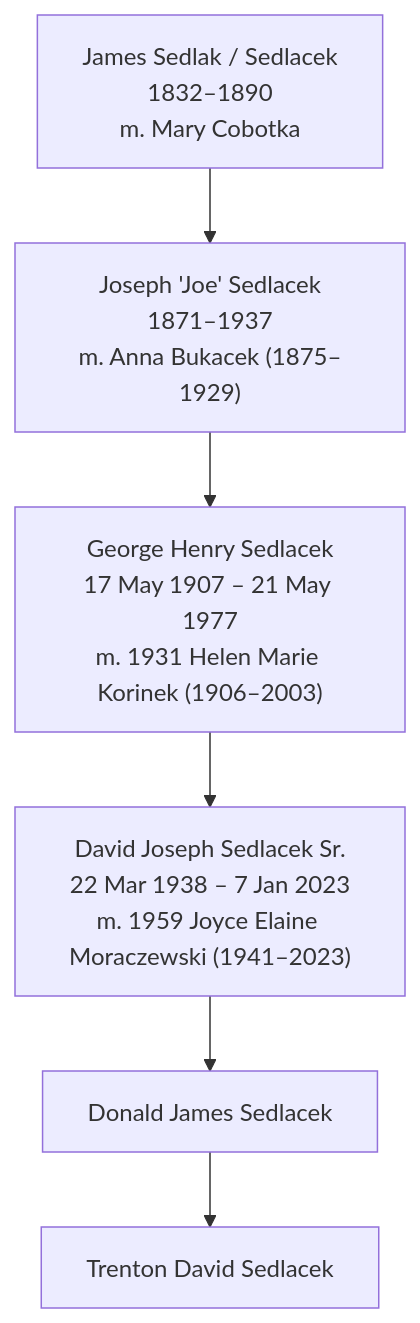
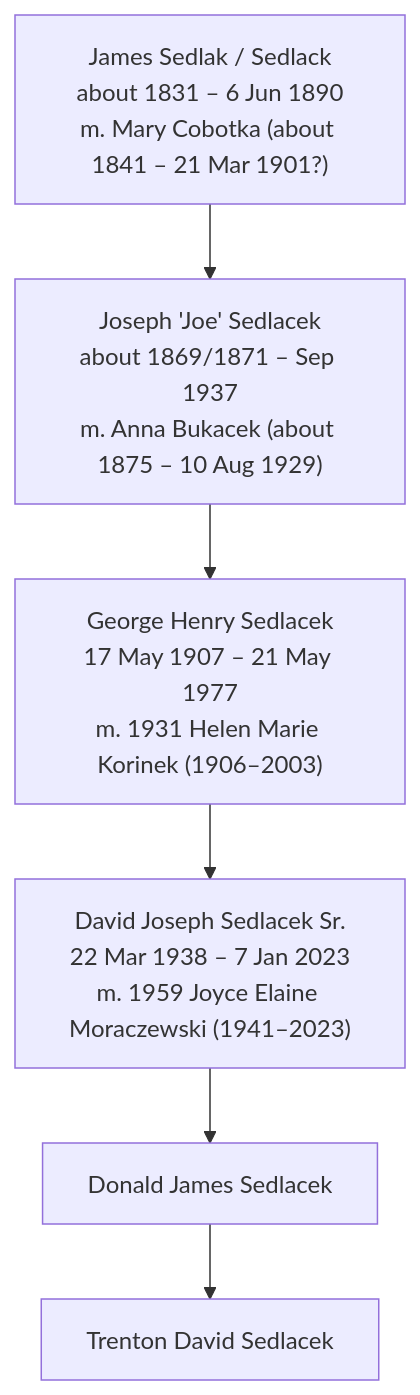
Before and after one commit to TrentonSedlacek/Ancestry: the diagram in PATRILINEAL_LINE.md, drawn with Mermaid. The commit also changed other lines of this file and 3 other files, not shown here.

First line of the commit message:
Add Holy Sepulchre burial records: James d. 1890, Mary d. 1901, Joseph's family lot

````diff
--- a/PATRILINEAL_LINE.md
+++ b/PATRILINEAL_LINE.md
@@ -5,10 +5,10 @@
 ```mermaid
 flowchart TD
-    G1["James Sedlak / Sedlacek<br/>1832–1890<br/>m. Mary Cobotka"]
-    G2["Joseph 'Joe' Sedlacek<br/>1871–1937<br/>m. Anna Bukacek (1875–1929)"]
+    G1["James Sedlak / Sedlack<br/>about 1831 – 6 Jun 1890<br/>m. Mary Cobotka (about 1841 – 21 Mar 1901?)"]
+    G2["Joseph 'Joe' Sedlacek<br/>about 1869/1871 – Sep 1937<br/>m. Anna Bukacek (about 1875 – 10 Aug 1929)"]
     G3["George Henry Sedlacek<br/>17 May 1907 – 21 May 1977<br/>m. 1931 Helen Marie Korinek (1906–2003)"]
     G4["David Joseph Sedlacek Sr.<br/>22 Mar 1938 – 7 Jan 2023<br/>m. 1959 Joyce Elaine Moraczewski (1941–2023)"]
     G5["Donald James Sedlacek"]
     G6["Trenton David Sedlacek"]
     G1 --> G2 --> G3 --> G4 --> G5 --> G6
 ```
````
